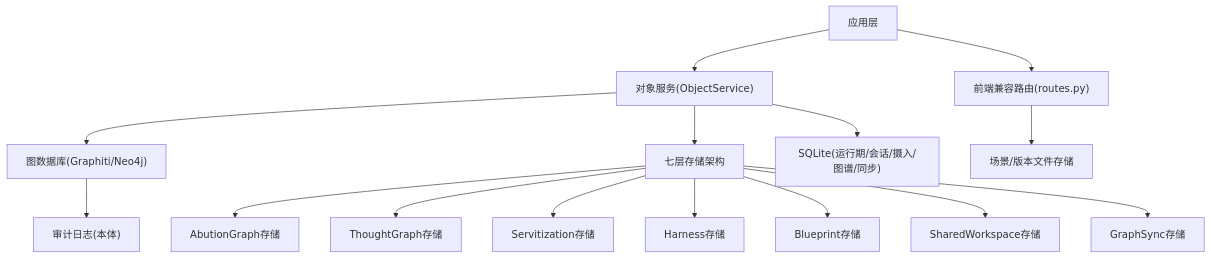
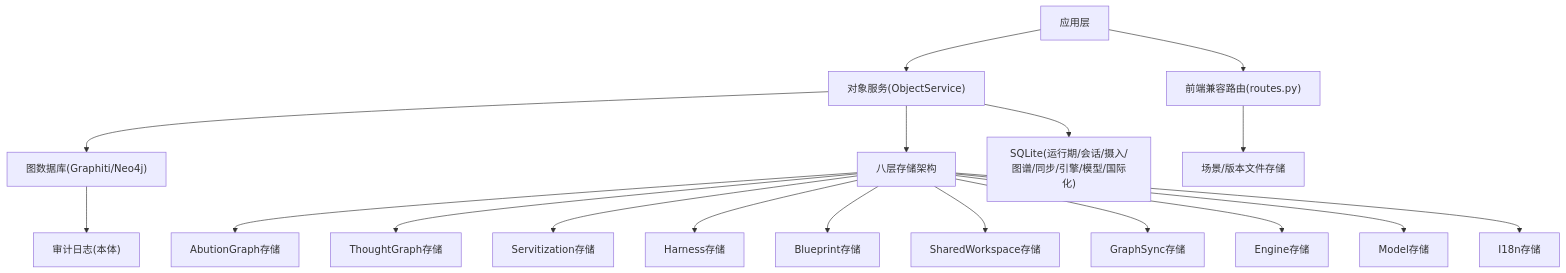
The second of 16 diagrams in .qoder/repowiki/zh/content/数据模型/存储策略.md (inier/ontology-graphiti), drawn with Mermaid before and after one commit. The commit also changed other lines of this file and 56 other files, not shown here.

````diff
--- a/.qoder/repowiki/zh/content/数据模型/存储策略.md
+++ b/.qoder/repowiki/zh/content/数据模型/存储策略.md
@@ -160,17 +194,20 @@
 ```mermaid
 graph TB
 A["应用层"] --> B["对象服务(ObjectService)"]
 B --> C["图数据库(Graphiti/Neo4j)"]
-B --> D["七层存储架构"]
+B --> D["八层存储架构"]
 D --> E["AbutionGraph存储"]
 D --> F["ThoughtGraph存储"]
 D --> G["Servitization存储"]
 D --> H["Harness存储"]
 D --> I["Blueprint存储"]
 D --> J["SharedWorkspace存储"]
 D --> K["GraphSync存储"]
-B --> L["SQLite(运行期/会话/摄入/图谱/同步)"]
-A --> M["前端兼容路由(routes.py)"]
-M --> N["场景/版本文件存储"]
-C --> O["审计日志(本体)"]
+D --> L["Engine存储"]
+D --> M["Model存储"]
+D --> N["I18n存储"]
+B --> O["SQLite(运行期/会话/摄入/图谱/同步/引擎/模型/国际化)"]
+A --> P["前端兼容路由(routes.py)"]
+P --> Q["场景/版本文件存储"]
+C --> R["审计日志(本体)"]
 ```
````
